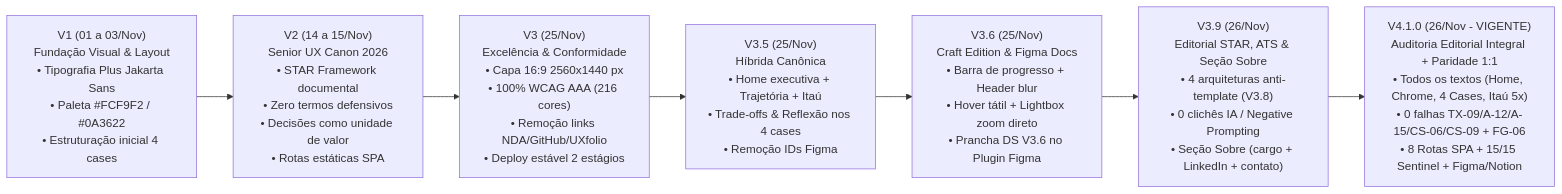
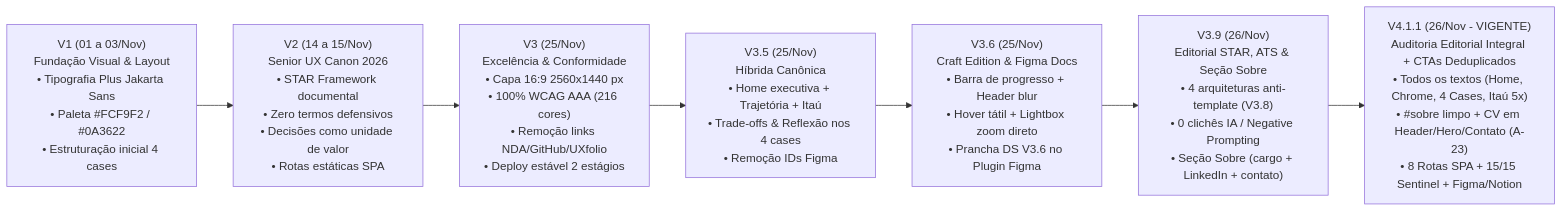
One commit to israelfull-commits/portfolio changed the diagram in docs/INDEX_GOVERNANCA_E_DECISOES.md. Above: the diagram before and after it, drawn with Mermaid. The commit also changed 3 other files, not shown here.

````diff
--- a/docs/INDEX_GOVERNANCA_E_DECISOES.md
+++ b/docs/INDEX_GOVERNANCA_E_DECISOES.md
@@ -15,11 +15,11 @@
 ```mermaid
 flowchart LR
     V1["V1 (01 a 03/Nov)<br>Fundação Visual & Layout<br>• Tipografia Plus Jakarta Sans<br>• Paleta #FCF9F2 / #0A3622<br>• Estruturação inicial 4 cases"]
     V2["V2 (14 a 15/Nov)<br>Senior UX Canon 2026<br>• STAR Framework documental<br>• Zero termos defensivos<br>• Decisões como unidade de valor<br>• Rotas estáticas SPA"]
     V3["V3 (25/Nov)<br>Excelência & Conformidade<br>• Capa 16:9 2560x1440 px<br>• 100% WCAG AAA (216 cores)<br>• Remoção links NDA/GitHub/UXfolio<br>• Deploy estável 2 estágios"]
     V35["V3.5 (25/Nov)<br>Híbrida Canônica<br>• Home executiva + Trajetória + Itaú<br>• Trade-offs & Reflexão nos 4 cases<br>• Remoção IDs Figma"]
     V36["V3.6 (25/Nov)<br>Craft Edition & Figma Docs<br>• Barra de progresso + Header blur<br>• Hover tátil + Lightbox zoom direto<br>• Prancha DS V3.6 no Plugin Figma"]
     V39["V3.9 (26/Nov)<br>Editorial STAR, ATS & Seção Sobre<br>• 4 arquiteturas anti-template (V3.8)<br>• 0 clichês IA / Negative Prompting<br>• Seção Sobre (cargo + LinkedIn + contato)"]
-    V310["V4.1.0 (26/Nov - VIGENTE)<br>Auditoria Editorial Integral + Paridade 1:1<br>• Todos os textos (Home, Chrome, 4 Cases, Itaú 5x)<br>• 0 falhas TX-09/A-12/A-15/CS-06/CS-09 + FG-06<br>• 8 Rotas SPA + 15/15 Sentinel + Figma/Notion"]
+    V310["V4.1.1 (26/Nov - VIGENTE)<br>Auditoria Editorial Integral + CTAs Deduplicados<br>• Todos os textos (Home, Chrome, 4 Cases, Itaú 5x)<br>• #sobre limpo + CV em Header/Hero/Contato (A-23)<br>• 8 Rotas SPA + 15/15 Sentinel + Figma/Notion"]
     V1 --> V2 --> V3 --> V35 --> V36 --> V39 --> V310
 ```
````
